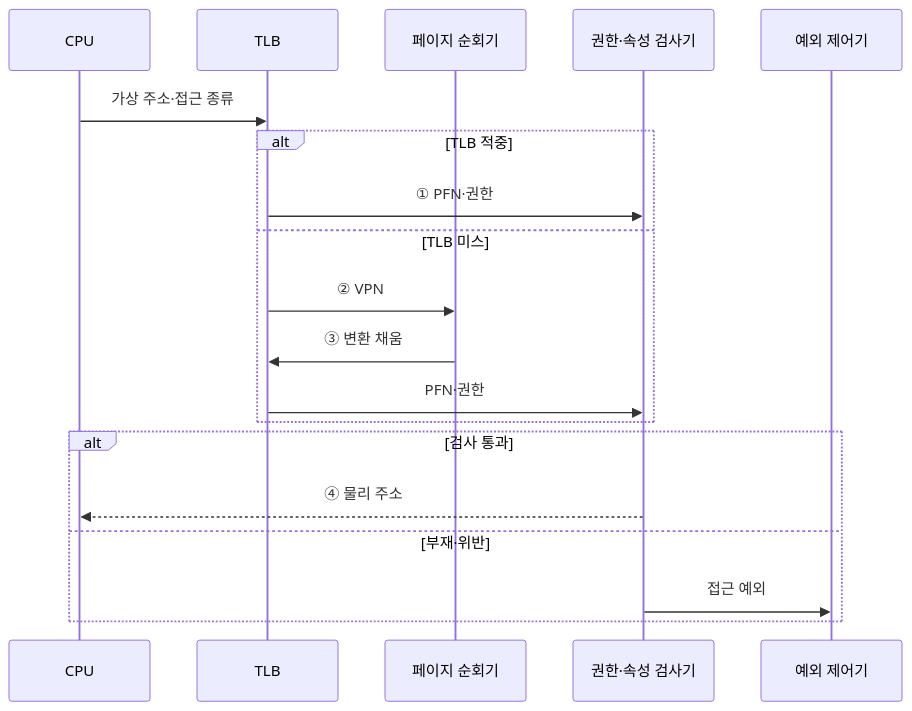
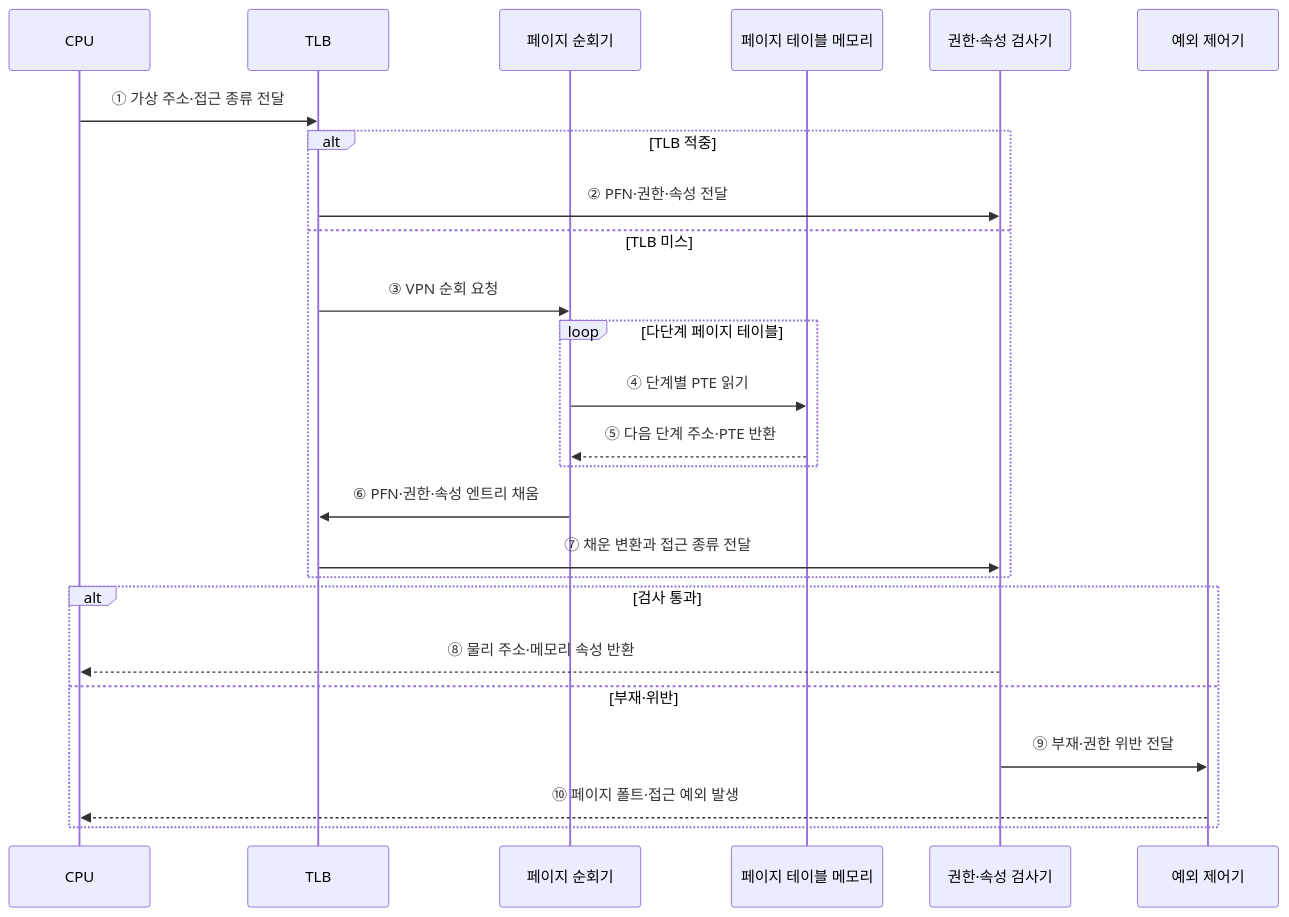
The second of 2 diagrams in src/content/docs/notes/02-hardware/020_mmu.md (agnusdei1207/knowledge-base), drawn with Mermaid before and after one commit. The commit also changed other lines of this file and 20 other files, not shown here.

````diff
--- a/src/content/docs/notes/02-hardware/020_mmu.md
+++ b/src/content/docs/notes/02-hardware/020_mmu.md
@@ -82,21 +82,27 @@
 ```mermaid
 sequenceDiagram
     participant C as CPU
     participant T as TLB
     participant W as 페이지 순회기
+    participant M as 페이지 테이블 메모리
     participant P as 권한·속성 검사기
     participant E as 예외 제어기
-    C->>T: 가상 주소·접근 종류
+    C->>T: ① 가상 주소·접근 종류 전달
     alt TLB 적중
-        T->>P: ① PFN·권한
+        T->>P: ② PFN·권한·속성 전달
     else TLB 미스
-        T->>W: ② VPN
-        W->>T: ③ 변환 채움
-        T->>P: PFN·권한
+        T->>W: ③ VPN 순회 요청
+        loop 다단계 페이지 테이블
+            W->>M: ④ 단계별 PTE 읽기
+            M-->>W: ⑤ 다음 단계 주소·PTE 반환
+        end
+        W->>T: ⑥ PFN·권한·속성 엔트리 채움
+        T->>P: ⑦ 채운 변환과 접근 종류 전달
     end
     alt 검사 통과
-        P-->>C: ④ 물리 주소
+        P-->>C: ⑧ 물리 주소·메모리 속성 반환
     else 부재·위반
-        P->>E: 접근 예외
+        P->>E: ⑨ 부재·권한 위반 전달
+        E-->>C: ⑩ 페이지 폴트·접근 예외 발생
     end
 ```
````
